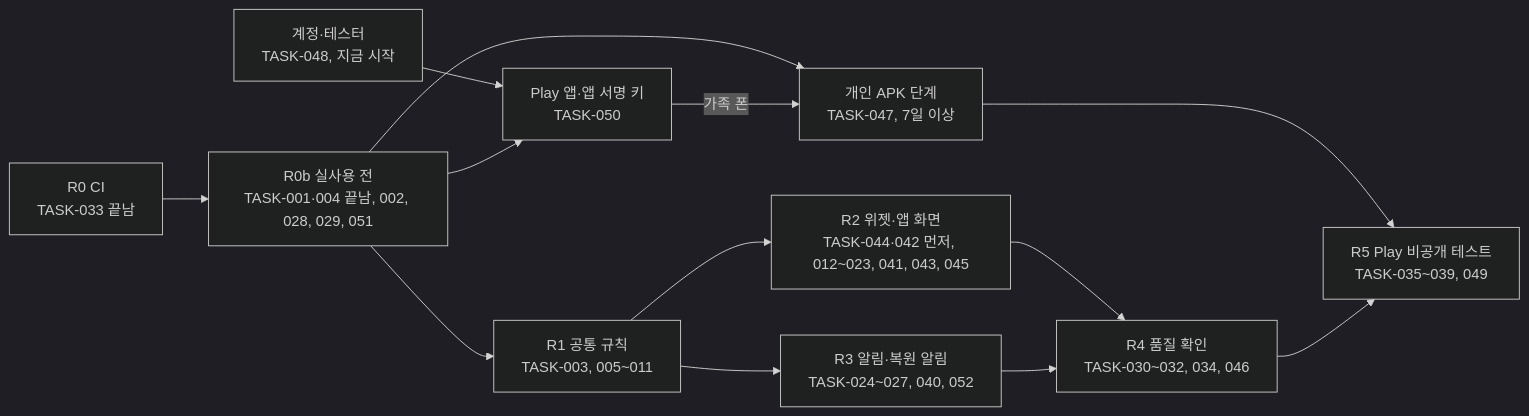
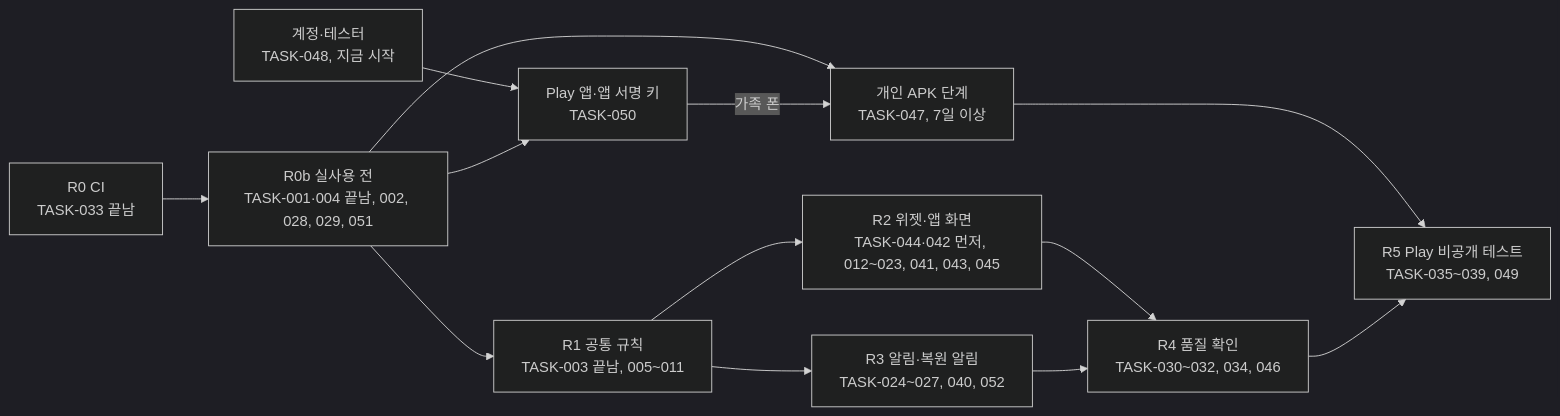
The diagram in docs/08-wbs/wbs.md (judangbang-ops/pillbadeum_release), drawn with Mermaid (dark theme) before and after one commit. The commit also changed other lines of this file and 5 other files, not shown here.

````diff
--- a/docs/08-wbs/wbs.md
+++ b/docs/08-wbs/wbs.md
@@ -134,15 +135,15 @@
 ```mermaid
 flowchart LR
     R0["R0 CI<br/>TASK-033 끝남"] --> R0b["R0b 실사용 전<br/>TASK-001·004 끝남, 002, 028, 029, 051"]
     R0b --> P["개인 APK 단계<br/>TASK-047, 7일 이상"]
-    R0b --> R1["R1 공통 규칙<br/>TASK-003, 005~011"]
+    R0b --> R1["R1 공통 규칙<br/>TASK-003 끝남, 005~011"]
     A["계정·테스터<br/>TASK-048, 지금 시작"] --> K["Play 앱·앱 서명 키<br/>TASK-050"]
     R0b --> K
     K -->|가족 폰| P
     R1 --> R2["R2 위젯·앱 화면<br/>TASK-044·042 먼저, 012~023, 041, 043, 045"]
     R1 --> R3["R3 알림·복원 알림<br/>TASK-024~027, 040, 052"]
     R2 --> R4["R4 품질 확인<br/>TASK-030~032, 034, 046"]
     R3 --> R4
     P --> R5
     R4 --> R5["R5 Play 비공개 테스트<br/>TASK-035~039, 049"]
 ```
````
